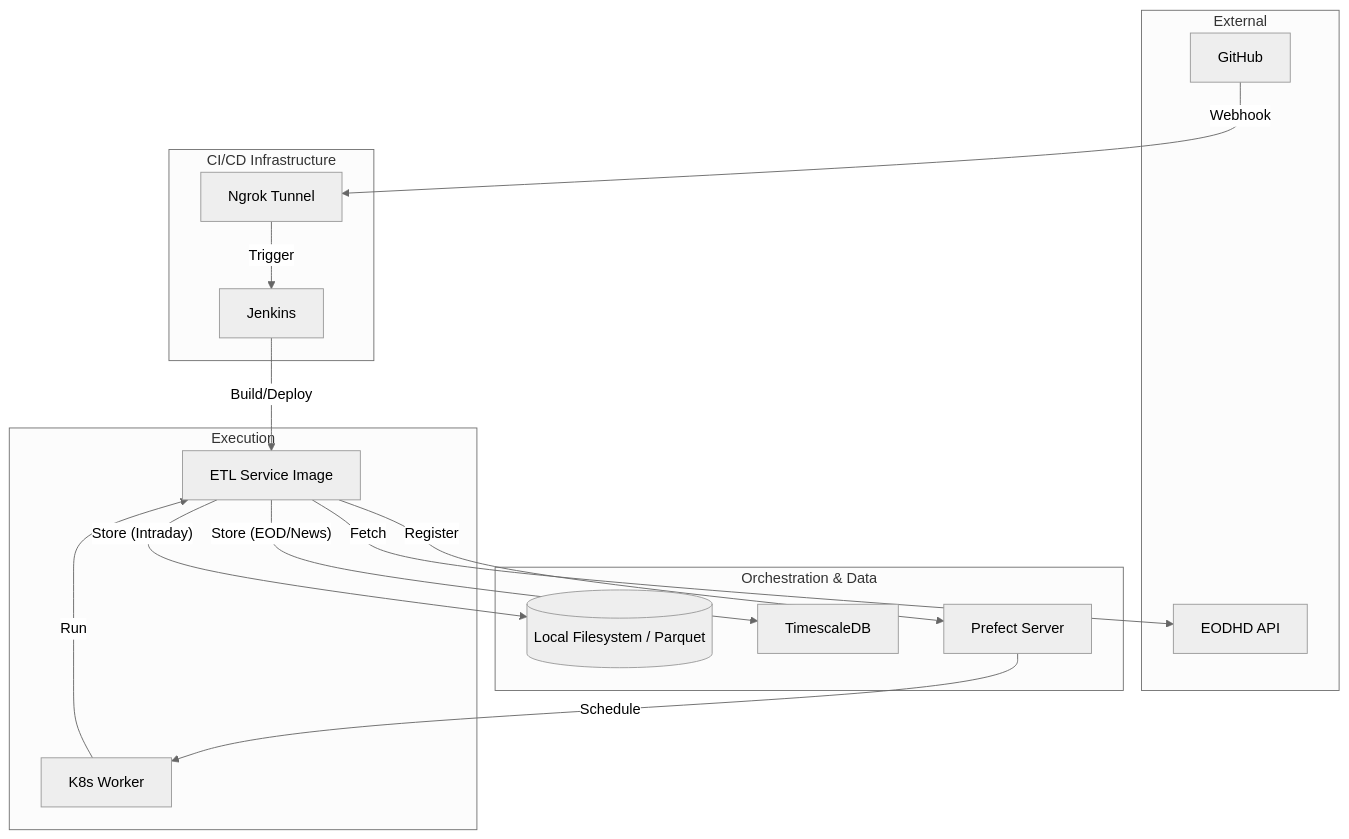
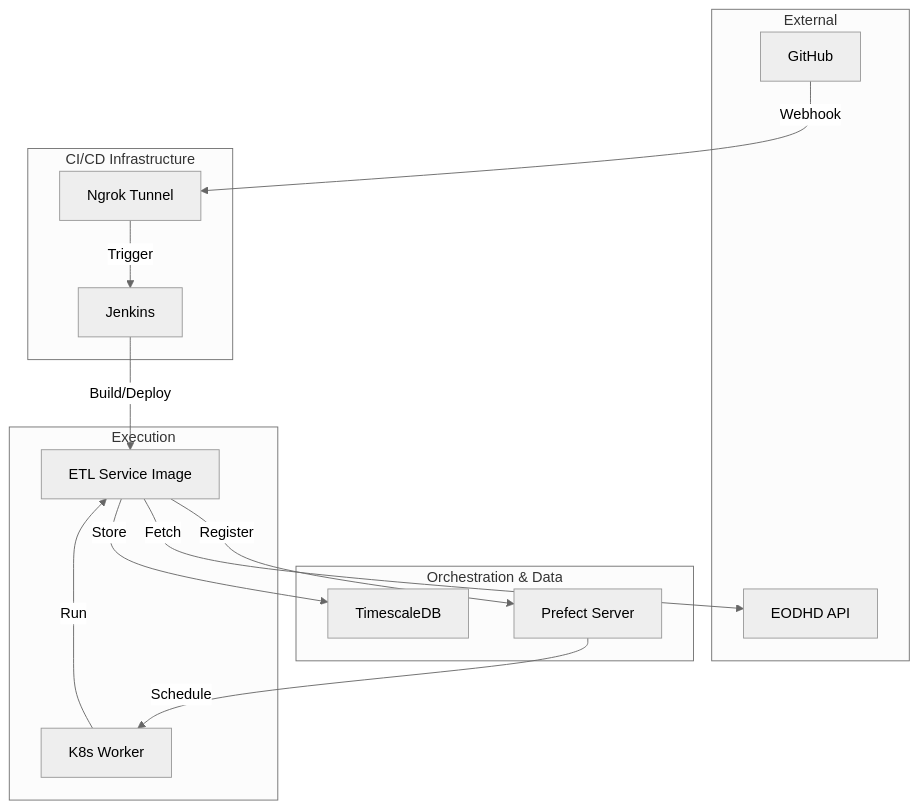
One commit to stavyos/enterprise-level-software changed the diagram in docs/index.md. Above: the diagram before and after it, drawn with Mermaid (neutral theme). The commit also changed other lines of this file and 6 other files, not shown here.

````diff
--- a/docs/index.md
+++ b/docs/index.md
@@ -9,34 +9,32 @@
 ```mermaid
 graph TD
     subgraph "External"
         GH[GitHub]
         API[EODHD API]
     end
 
     subgraph "CI/CD Infrastructure"
         JK[Jenkins]
         NG[Ngrok Tunnel]
     end
 
     subgraph "Orchestration & Data"
         PS[Prefect Server]
         DB[TimescaleDB]
-        FS[(Local Filesystem / Parquet)]
     end
 
     subgraph "Execution"
         KW[K8s Worker]
         ETL[ETL Service Image]
     end
 
     GH -- "Webhook" --> NG
     NG -- "Trigger" --> JK
     JK -- "Build/Deploy" --> ETL
     ETL -- "Register" --> PS
 
     PS -- "Schedule" --> KW
     KW -- "Run" --> ETL
     ETL -- "Fetch" --> API
-    ETL -- "Store (EOD/News)" --> DB
-    ETL -- "Store (Intraday)" --> FS
+    ETL -- "Store" --> DB
 ```
````
